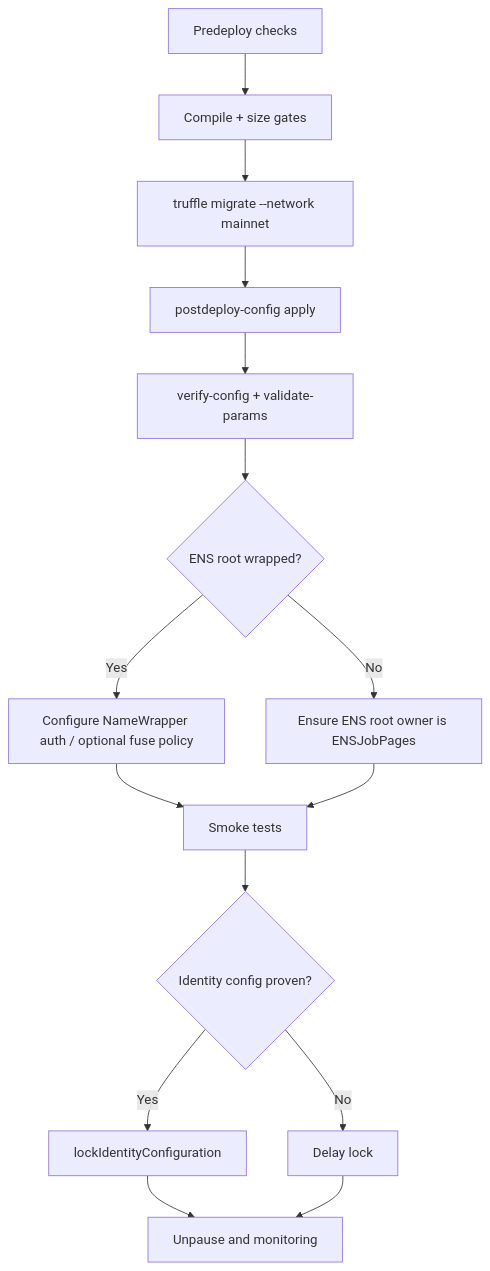
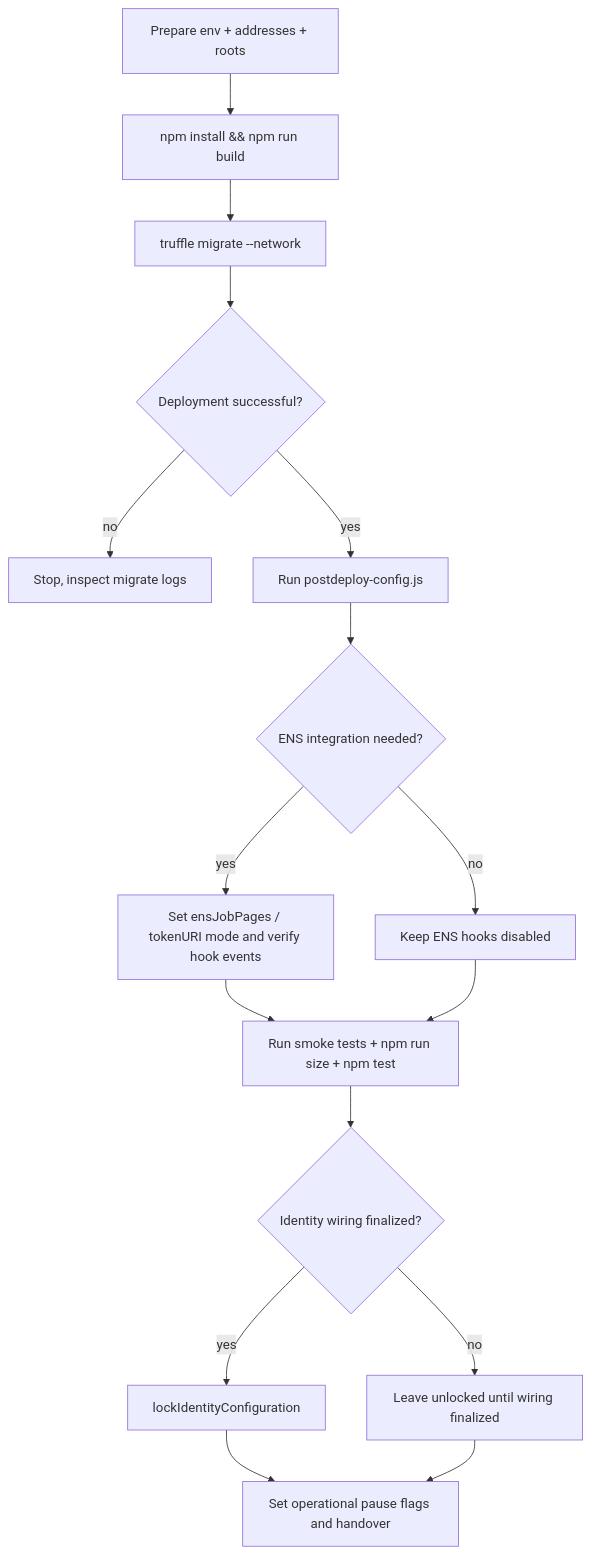
Before and after one commit to MontrealAI/AGIJobManager: the diagram in docs/DEPLOY_RUNBOOK.md, drawn with Mermaid. The commit also changed other lines of this file and 10 other files, not shown here.

````diff
--- a/docs/DEPLOY_RUNBOOK.md
+++ b/docs/DEPLOY_RUNBOOK.md
@@ -5,17 +122,18 @@
 ```mermaid
 flowchart TD
-    A[Predeploy checks] --> B[Compile + size gates]
-    B --> C[truffle migrate --network mainnet]
-    C --> D[postdeploy-config apply]
-    D --> E[verify-config + validate-params]
-    E --> F{ENS root wrapped?}
-    F -->|Yes| G[Configure NameWrapper auth / optional fuse policy]
-    F -->|No| H[Ensure ENS root owner is ENSJobPages]
-    G --> I[Smoke tests]
+    A[Prepare env + addresses + roots] --> B[npm install && npm run build]
+    B --> C[truffle migrate --network <network>]
+    C --> D{Deployment successful?}
+    D -- no --> D1[Stop, inspect migrate logs]
+    D -- yes --> E[Run postdeploy-config.js]
+    E --> F{ENS integration needed?}
+    F -- yes --> G[Set ensJobPages / tokenURI mode and verify hook events]
+    F -- no --> H[Keep ENS hooks disabled]
+    G --> I[Run smoke tests + npm run size + npm test]
     H --> I
-    I --> J{Identity config proven?}
-    J -->|Yes| K[lockIdentityConfiguration]
-    J -->|No| L[Delay lock]
-    K --> M[Unpause and monitoring]
+    I --> J{Identity wiring finalized?}
+    J -- yes --> K[lockIdentityConfiguration]
+    J -- no --> L[Leave unlocked until wiring finalized]
+    K --> M[Set operational pause flags and handover]
     L --> M
 ```
````
